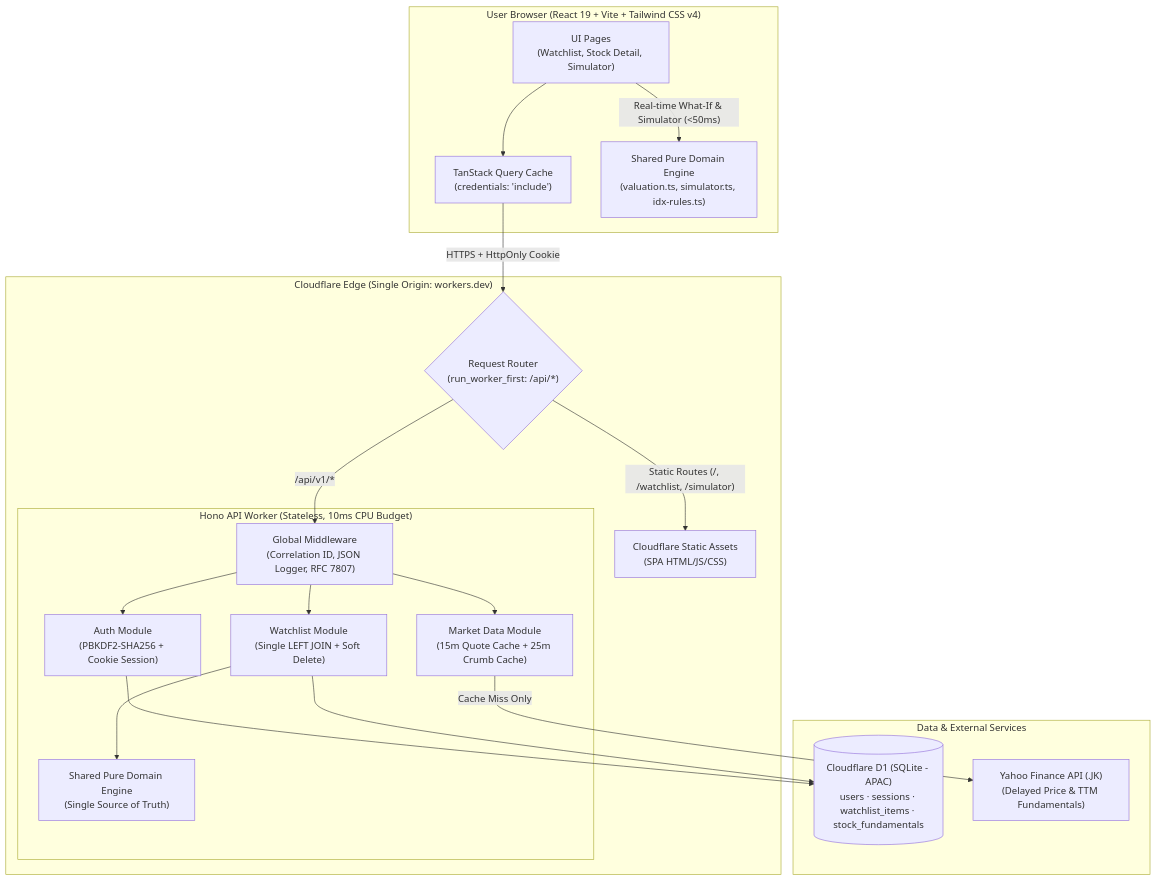
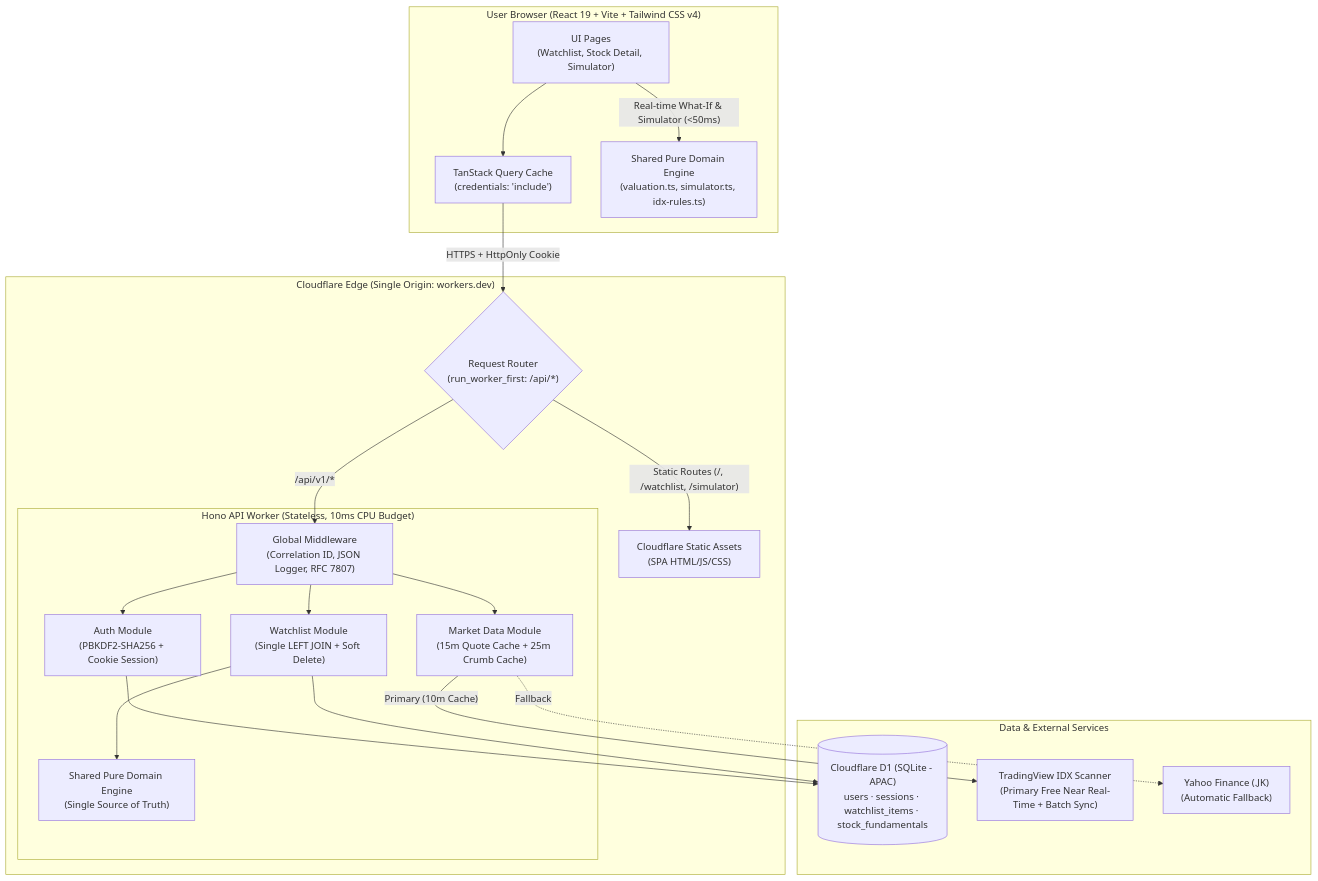
The first of 5 diagrams in README.md (charlybutar21/stock-mate-v2), drawn with Mermaid before and after one commit. The commit also changed other lines of this file and 30 other files, not shown here.

````diff
--- a/README.md
+++ b/README.md
@@ -57,40 +55,42 @@
 ```mermaid
 flowchart TB
     subgraph Client["User Browser (React 19 + Vite + Tailwind CSS v4)"]
         UI["UI Pages<br/>(Watchlist, Stock Detail, Simulator)"]
         TQ["TanStack Query Cache<br/>(credentials: 'include')"]
         SharedClient["Shared Pure Domain Engine<br/>(valuation.ts, simulator.ts, idx-rules.ts)"]
         UI --> TQ
         UI -->|"Real-time What-If & Simulator (<50ms)"| SharedClient
     end
 
     subgraph Edge["Cloudflare Edge (Single Origin: workers.dev)"]
         Router{"Request Router<br/>(run_worker_first: /api/*)"}
         Assets["Cloudflare Static Assets<br/>(SPA HTML/JS/CSS)"]
 
         subgraph Worker["Hono API Worker (Stateless, 10ms CPU Budget)"]
             MW["Global Middleware<br/>(Correlation ID, JSON Logger, RFC 7807)"]
             AuthMod["Auth Module<br/>(PBKDF2-SHA256 + Cookie Session)"]
             WatchMod["Watchlist Module<br/>(Single LEFT JOIN + Soft Delete)"]
             MarketMod["Market Data Module<br/>(15m Quote Cache + 25m Crumb Cache)"]
             SharedServer["Shared Pure Domain Engine<br/>(Single Source of Truth)"]
 
             MW --> AuthMod
             MW --> WatchMod
             MW --> MarketMod
             WatchMod --> SharedServer
         end
     end
 
     subgraph Data["Data & External Services"]
         D1[("Cloudflare D1 (SQLite - APAC)<br/>users · sessions · watchlist_items · stock_fundamentals")]
-        Yahoo["Yahoo Finance API (.JK)<br/>(Delayed Price & TTM Fundamentals)"]
+        TV["TradingView IDX Scanner<br/>(Primary Free Near Real-Time + Batch Sync)"]
+        Yahoo["Yahoo Finance (.JK)<br/>(Automatic Fallback)"]
     end
 
     TQ -->|"HTTPS + HttpOnly Cookie"| Router
     Router -->|"Static Routes (/, /watchlist, /simulator)"| Assets
     Router -->|"/api/v1/*"| MW
     AuthMod --> D1
     WatchMod --> D1
-    MarketMod -->|"Cache Miss Only"| Yahoo
+    MarketMod -->|"Primary (10m Cache)"| TV
+    MarketMod -.->|"Fallback"| Yahoo
 ```
````
